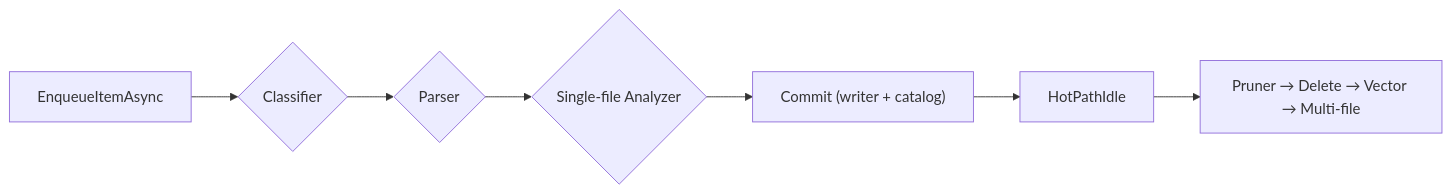
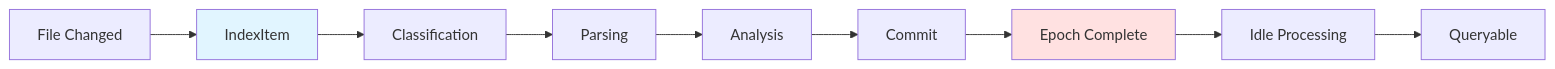
One commit to RepoQL/RepoQL changed the diagram in src/Indexing/RepoQL.Indexing/README.md. Above: the diagram before and after it, drawn with Mermaid. The commit also changed other lines of this file and 61 other files, not shown here.

````diff
--- a/src/Indexing/RepoQL.Indexing/README.md
+++ b/src/Indexing/RepoQL.Indexing/README.md
@@ -26,10 +11,18 @@
 ```mermaid
-flowchart LR
-    A["EnqueueItemAsync"] --> B{"Classifier"}
-    B --> C{"Parser"}
-    C --> D{"Single-file Analyzer"}
-    D --> E["Commit (writer + catalog)"]
-    E --> F["HotPathIdle"]
-    F --> G["Pruner → Delete → Vector → Multi-file"]
-    %% MEANING: Work flows through hot-path stages then, once idle, through post-index orchestration.
+graph LR
+    A["File Changed"] --> B["IndexItem"]
+    B --> C["Classification"]
+    C --> D["Parsing"]
+    D --> E["Analysis"]
+    E --> F["Commit"]
+    F --> G["Epoch Complete"]
+    G --> H["Idle Processing"]
+    H --> I["Queryable"]
+
+    style B fill:#e1f5ff
+    style G fill:#ffe1e1
+
+    %% MEANING: IndexItem is a flow object - it accumulates state through stages
+    %% instead of being transformed. When all items in a batch (epoch) complete,
+    %% idle processing runs once for the entire batch (prune/vector/multi-file).
 ```
````
